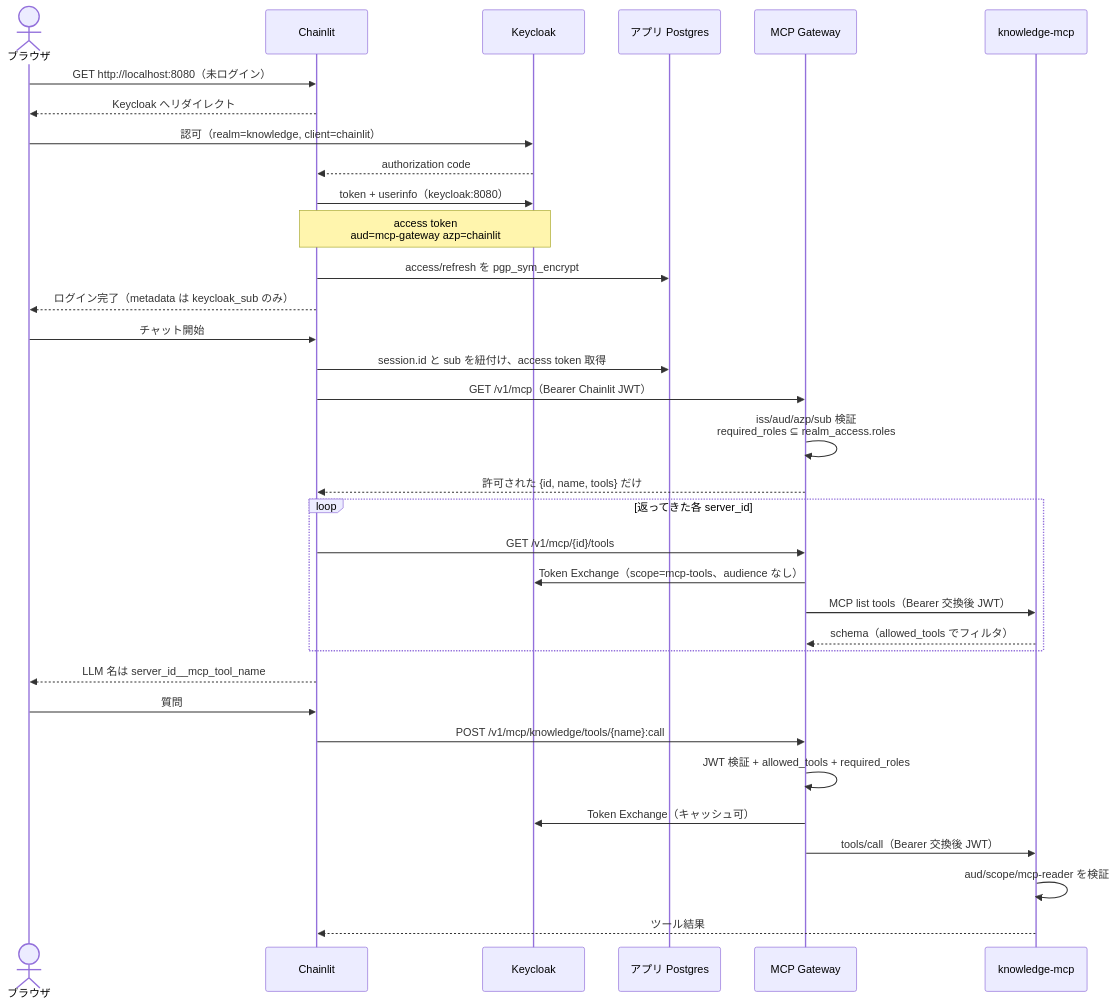
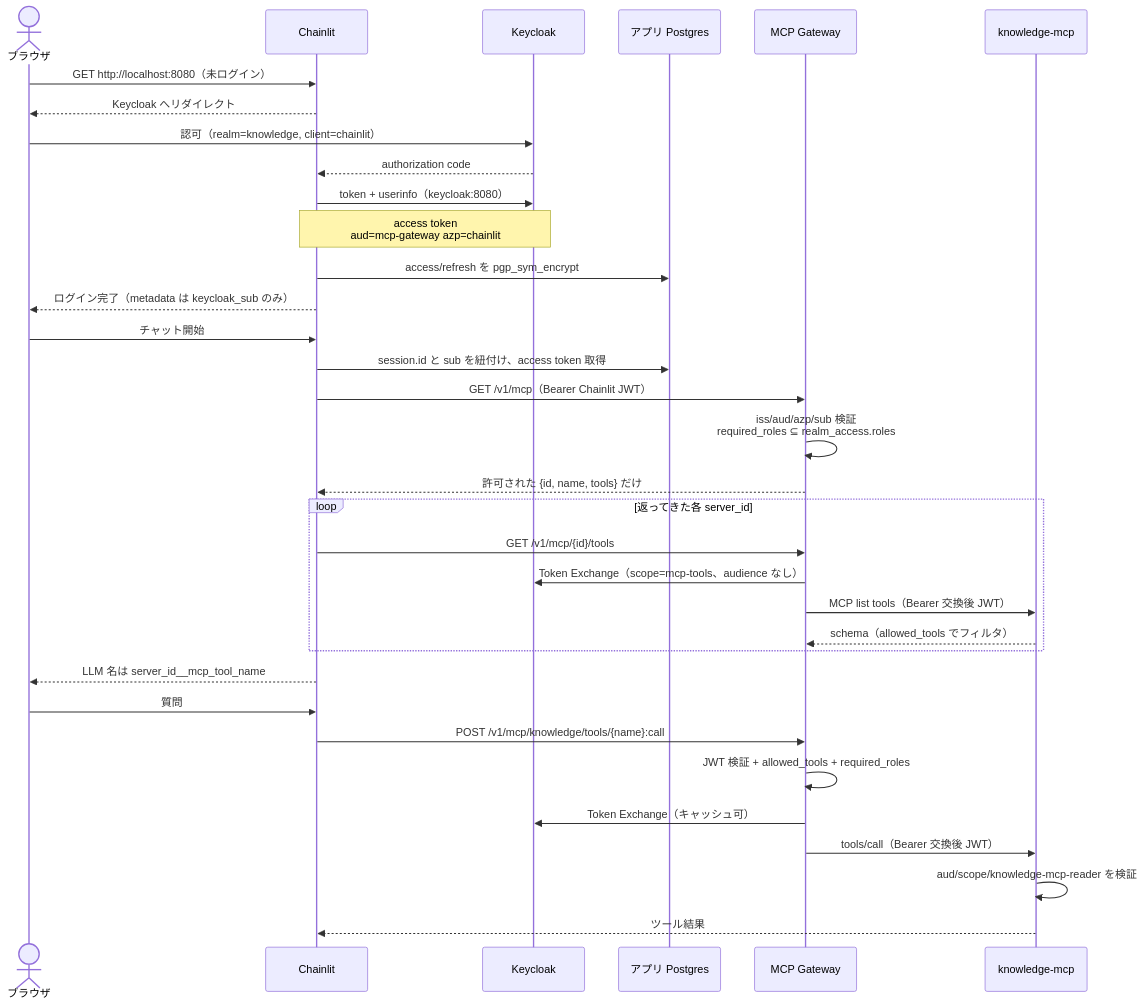
Before and after one commit to s-kodani/template-ai-coding: the diagram in docs/current/features/authentication.md, drawn with Mermaid. The commit also changed other lines of this file and 6 other files, not shown here.

First line of the commit message:
docs: knowledge-mcp-reader role を Current-state に反映する

````diff
--- a/docs/current/features/authentication.md
+++ b/docs/current/features/authentication.md
@@ -51,39 +51,39 @@
 ```mermaid
 sequenceDiagram
     actor User as ブラウザ
     participant Chainlit
     participant Keycloak
     participant PG as アプリ Postgres
     participant Gateway as MCP Gateway
     participant MCP as knowledge-mcp
 
     User->>Chainlit: GET http://localhost:8080（未ログイン）
     Chainlit-->>User: Keycloak へリダイレクト
     User->>Keycloak: 認可（realm=knowledge, client=chainlit）
     Keycloak-->>Chainlit: authorization code
     Chainlit->>Keycloak: token + userinfo（keycloak:8080）
     Note over Keycloak,Chainlit: access token<br/>aud=mcp-gateway azp=chainlit
     Chainlit->>PG: access/refresh を pgp_sym_encrypt
     Chainlit-->>User: ログイン完了（metadata は keycloak_sub のみ）
 
     User->>Chainlit: チャット開始
     Chainlit->>PG: session.id と sub を紐付け、access token 取得
     Chainlit->>Gateway: GET /v1/mcp（Bearer Chainlit JWT）
     Gateway->>Gateway: iss/aud/azp/sub 検証<br/>required_roles ⊆ realm_access.roles
     Gateway-->>Chainlit: 許可された {id, name, tools} だけ
     loop 返ってきた各 server_id
         Chainlit->>Gateway: GET /v1/mcp/{id}/tools
         Gateway->>Keycloak: Token Exchange（scope=mcp-tools、audience なし）
         Gateway->>MCP: MCP list tools（Bearer 交換後 JWT）
         MCP-->>Gateway: schema（allowed_tools でフィルタ）
     end
     Chainlit-->>User: LLM 名は server_id__mcp_tool_name
 
     User->>Chainlit: 質問
     Chainlit->>Gateway: POST /v1/mcp/knowledge/tools/{name}:call
     Gateway->>Gateway: JWT 検証 + allowed_tools + required_roles
     Gateway->>Keycloak: Token Exchange（キャッシュ可）
     Gateway->>MCP: tools/call（Bearer 交換後 JWT）
-    MCP->>MCP: aud/scope/mcp-reader を検証
+    MCP->>MCP: aud/scope/knowledge-mcp-reader を検証
     MCP-->>Chainlit: ツール結果
 ```
````
